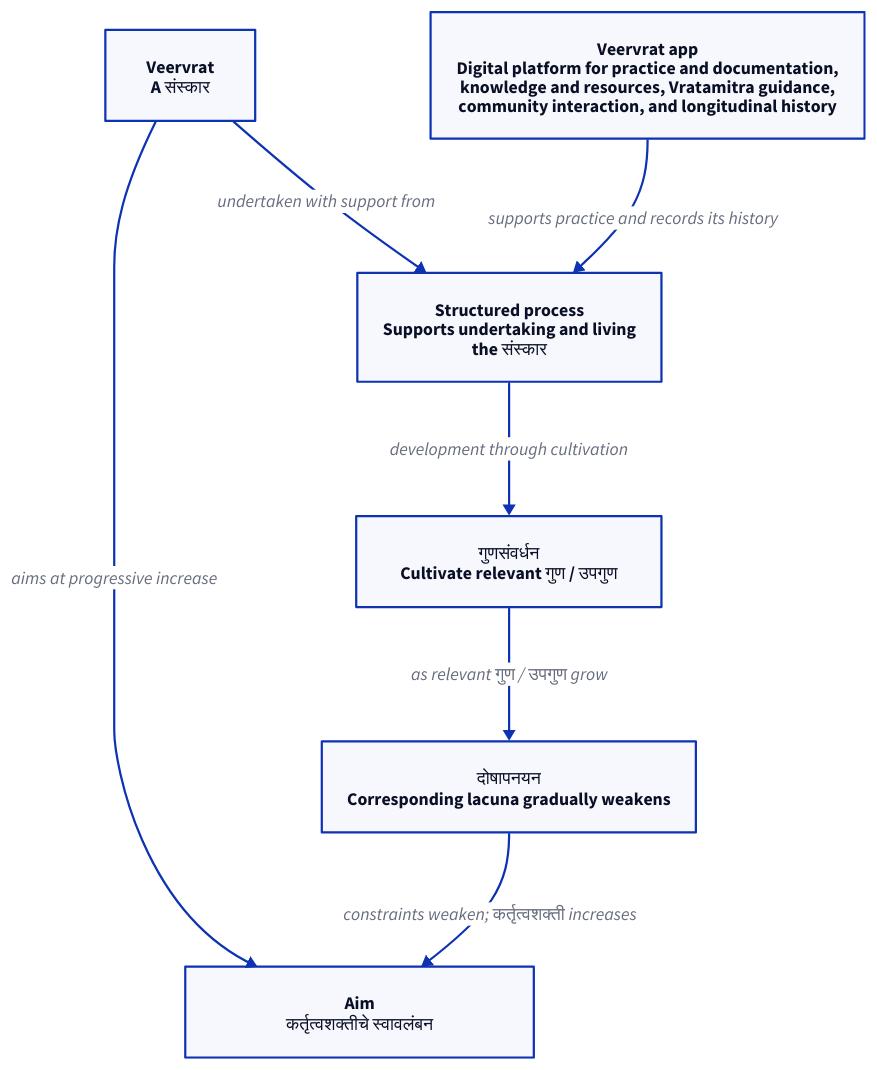
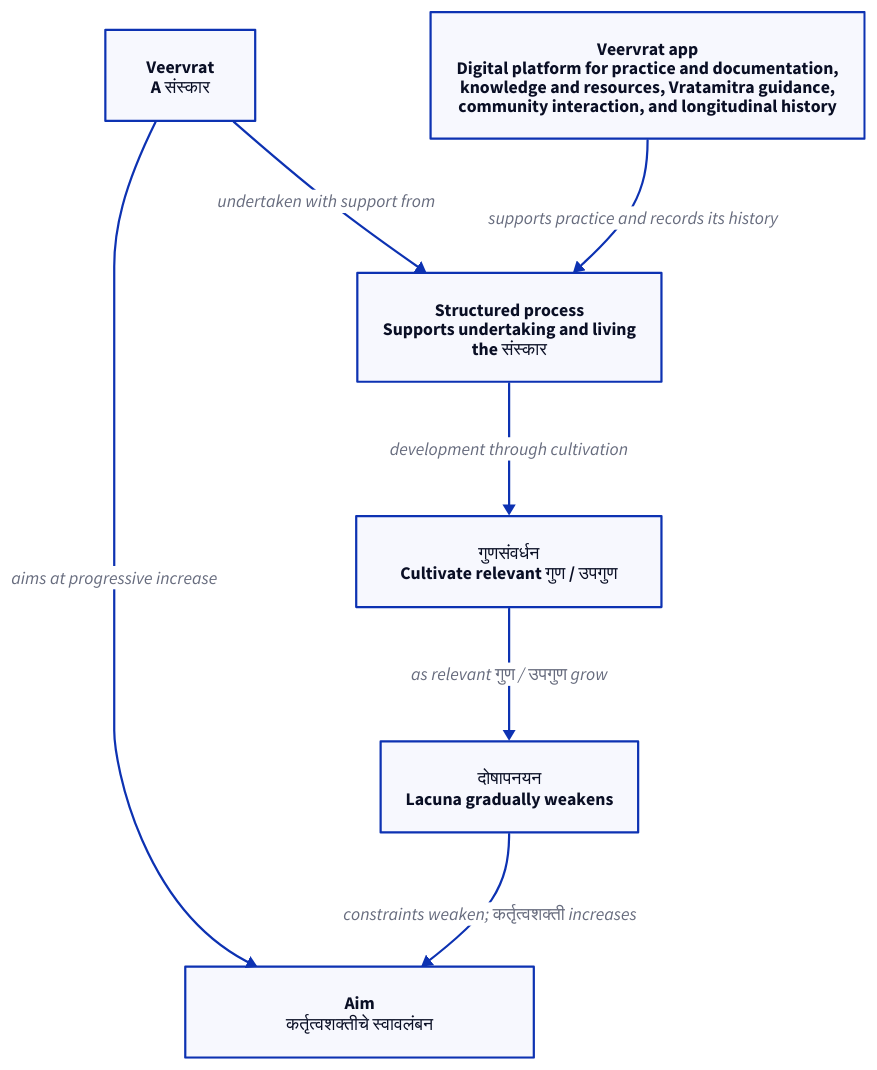
One commit to omchavan-jp/veervrat-app changed the diagram in product-design/01-product-model/diagrams/product-foundation.d2. Above: the diagram before and after it, drawn with D2. The commit also changed 38 other files, not shown here.

```diff
--- a/product-design/01-product-model/diagrams/product-foundation.d2
+++ b/product-design/01-product-model/diagrams/product-foundation.d2
@@ -1,16 +1,16 @@
 direction: down
 
-veervrat: "Veervrat\nA संस्कार"
-aim: "Aim\nकर्तृत्वशक्तीचे स्वावलंबन"
-process: "Structured process\nSupports undertaking and living\nthe संस्कार"
-platform: "Veervrat app\nDigital platform for practice and documentation,\nknowledge and resources, Vratamitra guidance,\ncommunity interaction, and longitudinal history"
+veervrat: "Veervrat\nA संस्कार" {class: core}
+aim: "Aim\nकर्तृत्वशक्तीचे स्वावलंबन" {class: outcome}
+process: "Structured process\nSupports undertaking and living\nthe संस्कार" {class: process}
+platform: "Veervrat app\nDigital platform for practice and documentation,\nknowledge and resources, Vratamitra guidance,\ncommunity interaction, and longitudinal history" {class: platform}
 
-quality: "गुणसंवर्धन\nCultivate relevant गुण / उपगुण"
-lacuna: "दोषापनयन\nCorresponding lacuna gradually weakens"
+quality: "गुणसंवर्धन\nCultivate relevant गुण / उपगुण" {class: growth}
+lacuna: "दोषापनयन\nLacuna gradually weakens" {class: weakness}
 
-veervrat -> aim: "aims at progressive increase"
-veervrat -> process: "undertaken with support from"
-process -> quality: "development through cultivation"
-quality -> lacuna: "as relevant गुण / उपगुण grow"
-lacuna -> aim: "constraints weaken; कर्तृत्वशक्ती increases"
-platform -> process: "supports practice and records its history"
+veervrat -> aim: "aims at progressive increase" {class: progression}
+veervrat -> process: "undertaken with support from" {class: progression}
+process -> quality: "development through cultivation" {class: progression}
+quality -> lacuna: "as relevant गुण / उपगुण grow" {class: progression}
+lacuna -> aim: "constraints weaken; कर्तृत्वशक्ती increases" {class: progression}
+platform -> process: "supports practice and records its history" {class: support}
```
